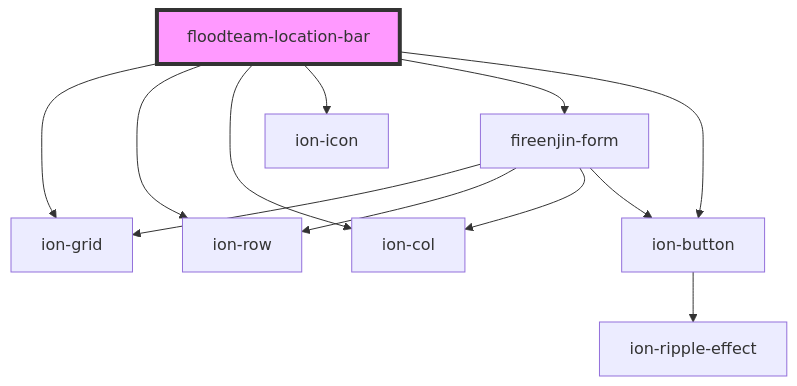
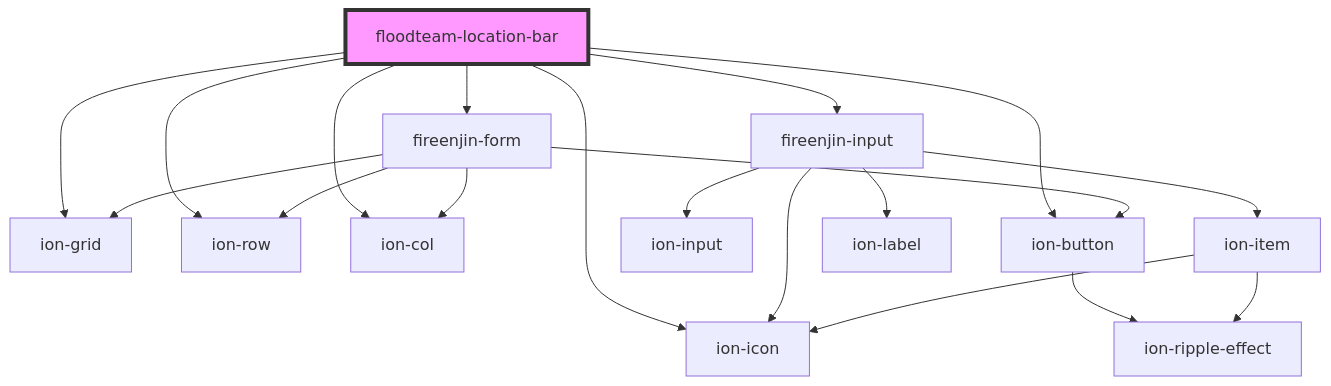
One commit to FloodTeam/components changed the diagram in src/components/location-bar/readme.md. Above: the diagram before and after it, drawn with Mermaid. The commit also changed other lines of this file and 8 other files, not shown here.

````diff
--- a/src/components/location-bar/readme.md
+++ b/src/components/location-bar/readme.md
@@ -30,15 +31,22 @@
 ```mermaid
 graph TD;
   floodteam-location-bar --> ion-grid
   floodteam-location-bar --> ion-row
   floodteam-location-bar --> ion-col
   floodteam-location-bar --> ion-icon
   floodteam-location-bar --> fireenjin-form
+  floodteam-location-bar --> fireenjin-input
   floodteam-location-bar --> ion-button
   fireenjin-form --> ion-grid
   fireenjin-form --> ion-row
   fireenjin-form --> ion-col
   fireenjin-form --> ion-button
   ion-button --> ion-ripple-effect
+  fireenjin-input --> ion-input
+  fireenjin-input --> ion-item
+  fireenjin-input --> ion-icon
+  fireenjin-input --> ion-label
+  ion-item --> ion-icon
+  ion-item --> ion-ripple-effect
   style floodteam-location-bar fill:#f9f,stroke:#333,stroke-width:4px
 ```
````
